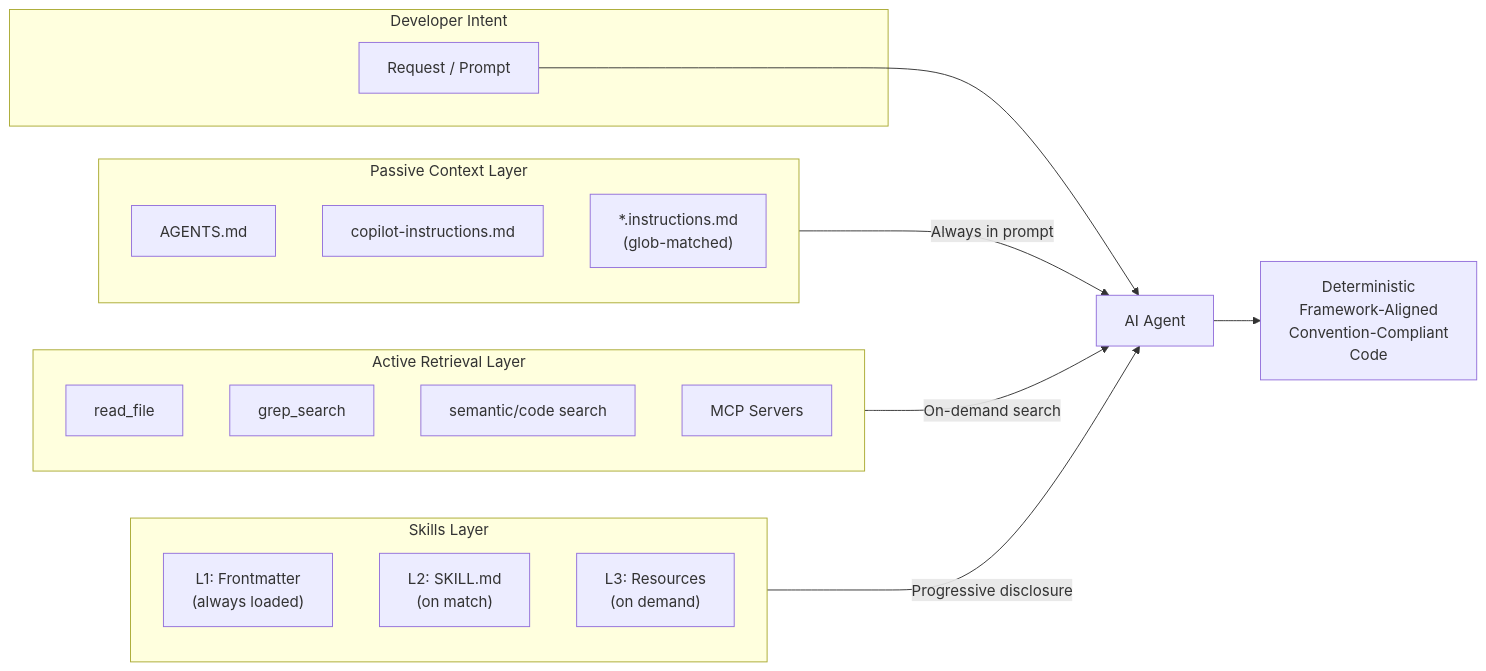
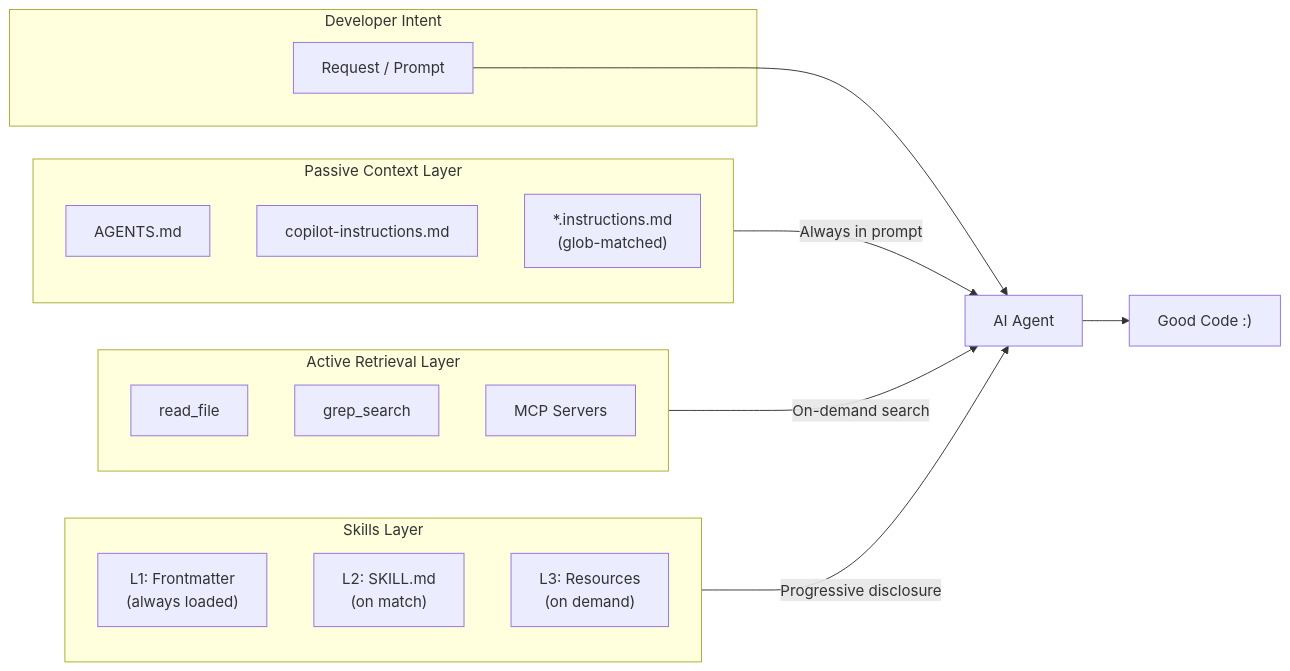
Before and after one commit to HipsterZipster/context-management-presentation: diagram 20 of 23 in context-engineering-tech-talk.md, drawn with Mermaid. The commit also changed other lines of this file and 18 other files, not shown here.

First line of the commit message:
refactor: restructure knowledge flow diagram and renumber slides 6-12

````diff
--- a/context-engineering-tech-talk.md
+++ b/context-engineering-tech-talk.md
@@ -642,33 +656,32 @@
 ```mermaid
 graph LR
     subgraph Developer["Developer Intent"]
         DevReq["Request / Prompt"]
     end
 
     subgraph PassiveLayer["Passive Context Layer"]
         AGENTS["AGENTS.md"]
         CPI["copilot-instructions.md"]
         SCOPED["*.instructions.md<br/>(glob-matched)"]
     end
 
     subgraph ActiveLayer["Active Retrieval Layer"]
         RF["read_file"]
         GS["grep_search"]
-        SS["semantic/code search"]
         MCP["MCP Servers"]
     end
 
     subgraph SkillsLayer["Skills Layer"]
         L1F["L1: Frontmatter<br/>(always loaded)"]
         L2F["L2: SKILL.md<br/>(on match)"]
         L3F["L3: Resources<br/>(on demand)"]
     end
 
     DevReq --> Agent["AI Agent"]
 
     PassiveLayer -->|"Always in prompt"| Agent
     ActiveLayer -->|"On-demand search"| Agent
     SkillsLayer -->|"Progressive disclosure"| Agent
 
-    Agent --> Output["Deterministic<br/>Framework-Aligned<br/>Convention-Compliant<br/>Code"]
+    Agent --> Output["Good Code :)"]
 ```
````
